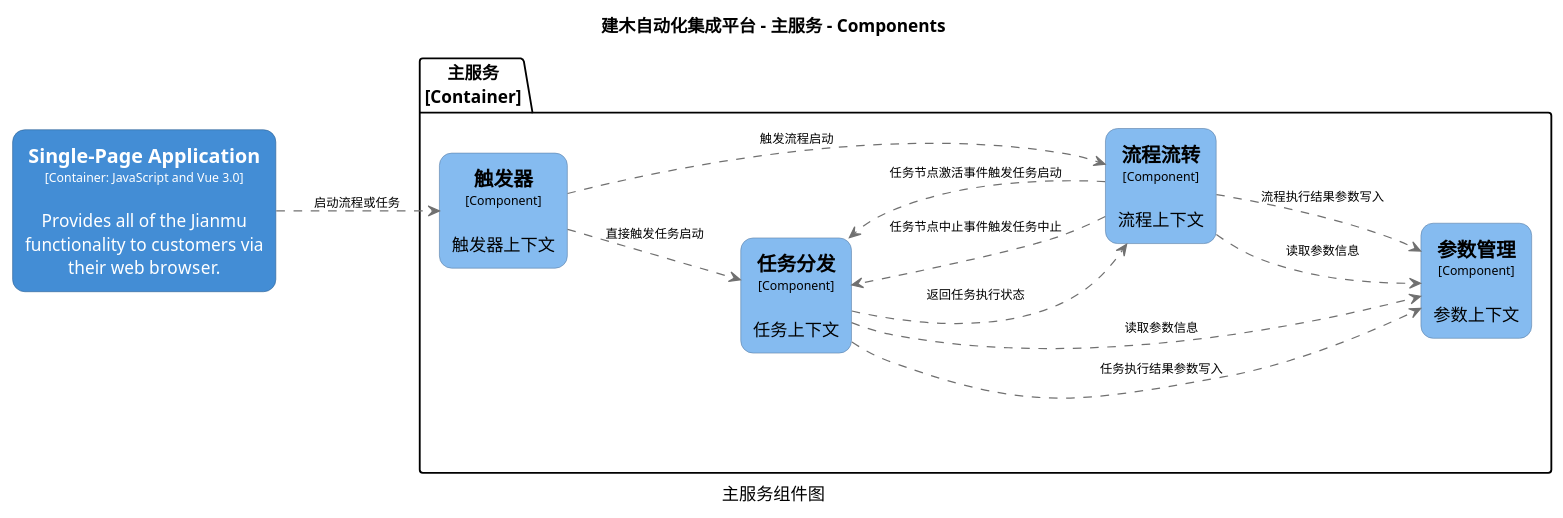
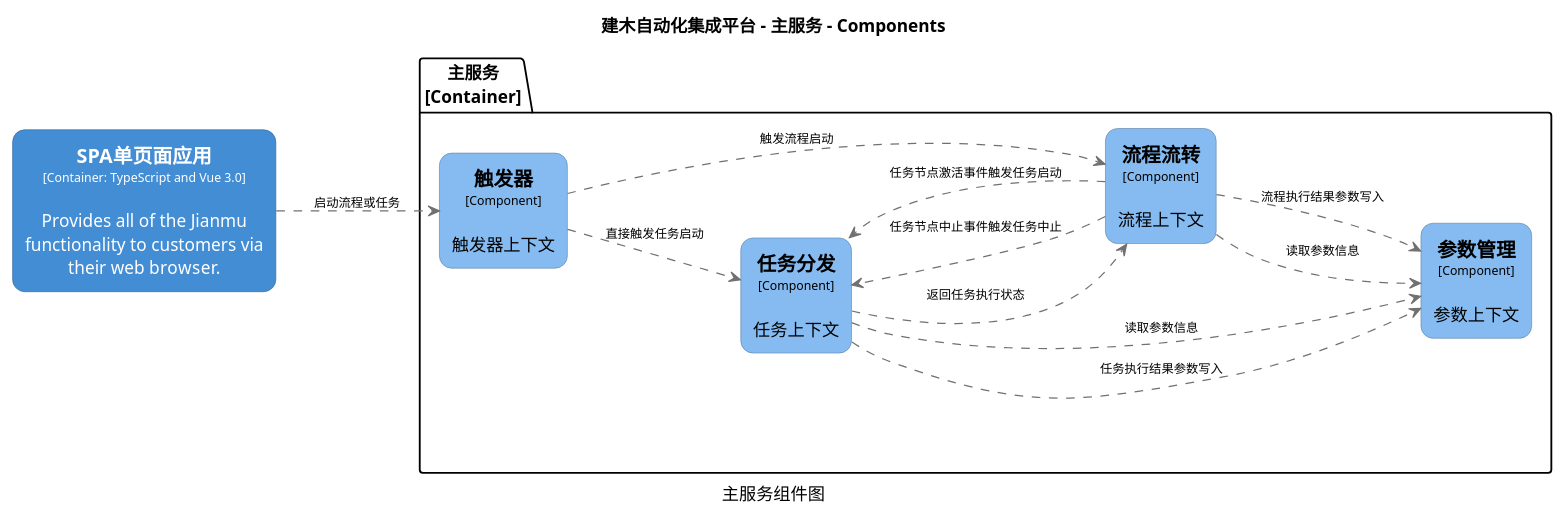
The diagram in c4/structurizr-web-component.puml (jianmu-dev/jianmu-architecture-as-code), drawn with PlantUML before and after one commit. The commit also changed 6 other files, not shown here.

```diff
--- a/c4/structurizr-web-component.puml
+++ b/c4/structurizr-web-component.puml
@@ -1,61 +1,61 @@
 @startuml(id=web-component)
 title 建木自动化集成平台 - 主服务 - Components
 caption 主服务组件图
 
 skinparam {
   shadowing false
   arrowFontSize 10
   defaultTextAlignment center
   wrapWidth 200
   maxMessageSize 100
 }
 hide stereotype
 left to right direction
 skinparam rectangle<<3>> {
   BackgroundColor #438dd5
   FontColor #ffffff
   BorderColor #2E6295
   roundCorner 20
 }
 skinparam rectangle<<5>> {
   BackgroundColor #85bbf0
   FontColor #000000
   BorderColor #5D82A8
   roundCorner 20
 }
 skinparam rectangle<<6>> {
   BackgroundColor #85bbf0
   FontColor #000000
   BorderColor #5D82A8
   roundCorner 20
 }
 skinparam rectangle<<7>> {
   BackgroundColor #85bbf0
   FontColor #000000
   BorderColor #5D82A8
   roundCorner 20
 }
 skinparam rectangle<<8>> {
   BackgroundColor #85bbf0
   FontColor #000000
   BorderColor #5D82A8
   roundCorner 20
 }
-rectangle "==Single-Page Application\n<size:10>[Container: JavaScript and Vue 3.0]</size>\n\nProvides all of the Jianmu functionality to customers via their web browser." <<3>> as 3
+rectangle "==SPA单页面应用\n<size:10>[Container: TypeScript and Vue 3.0]</size>\n\nProvides all of the Jianmu functionality to customers via their web browser." <<3>> as 3
 package "主服务\n[Container]" {
   rectangle "==任务分发\n<size:10>[Component]</size>\n\n任务上下文" <<7>> as 7
   rectangle "==参数管理\n<size:10>[Component]</size>\n\n参数上下文" <<8>> as 8
   rectangle "==流程流转\n<size:10>[Component]</size>\n\n流程上下文" <<6>> as 6
   rectangle "==触发器\n<size:10>[Component]</size>\n\n触发器上下文" <<5>> as 5
 }
 3 .[#707070].> 5 : "启动流程或任务"
 7 .[#707070].> 8 : "任务执行结果参数写入"
 7 .[#707070].> 8 : "读取参数信息"
 7 .[#707070].> 6 : "返回任务执行状态"
 6 .[#707070].> 7 : "任务节点中止事件触发任务中止"
 6 .[#707070].> 7 : "任务节点激活事件触发任务启动"
 6 .[#707070].> 8 : "读取参数信息"
 6 .[#707070].> 8 : "流程执行结果参数写入"
 5 .[#707070].> 7 : "直接触发任务启动"
 5 .[#707070].> 6 : "触发流程启动"
 @enduml
```
